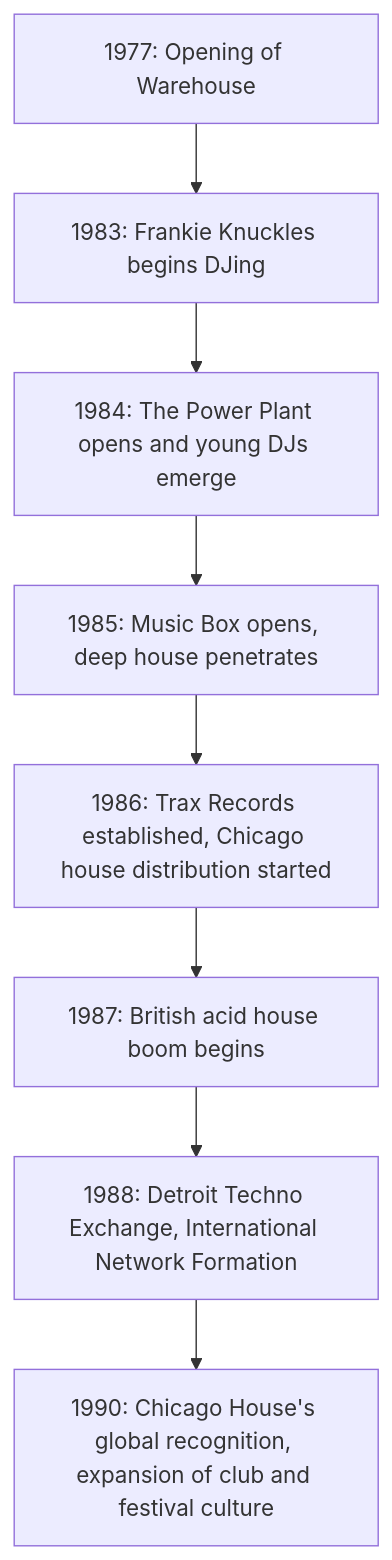
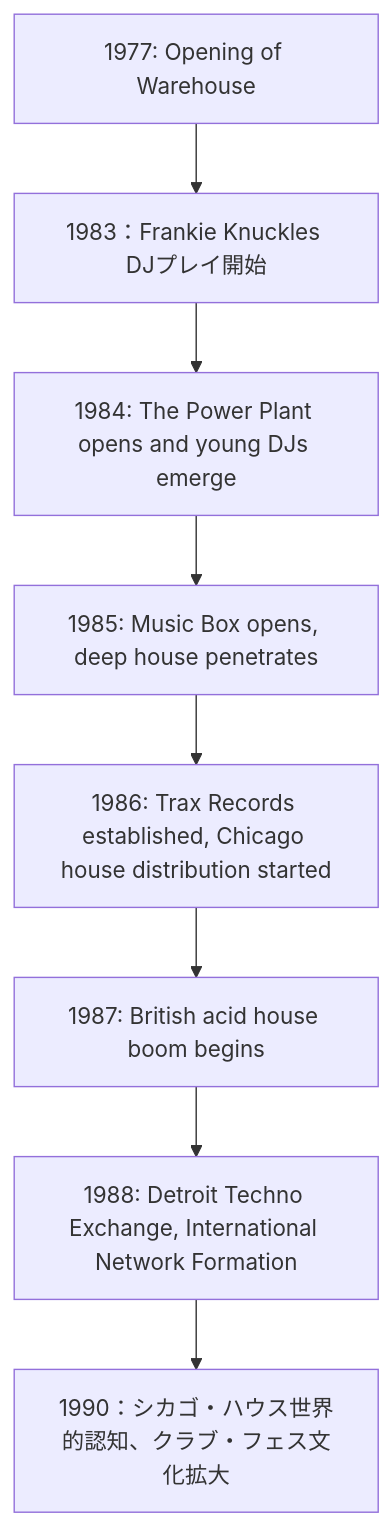
Before and after one commit to monumental-movement/monumental-movement.github.io: the diagram in en/_posts/2025-10-11-Colum-Chicago-House.md, drawn with Mermaid. The commit also changed other lines of this file and 851 other files, not shown here.

```diff
--- a/en/_posts/2025-10-11-Colum-Chicago-House.md
+++ b/en/_posts/2025-10-11-Colum-Chicago-House.md
@@ -165,12 +165,12 @@
 <div class="mermaid">
 
 flowchart TD
-    A1977["1977: Opening of Warehouse"] --> B1983["1983: Frankie Knuckles begins DJing"]
+    A1977["1977: Opening of Warehouse"] --> B1983["1983：Frankie Knuckles DJプレイ開始"]
     B1983 --> C1984["1984: The Power Plant opens and young DJs emerge"]
     C1984 --> D1985["1985: Music Box opens, deep house penetrates"]
     D1985 --> E1986["1986: Trax Records established, Chicago house distribution started"]
     E1986 --> F1987["1987: British acid house boom begins"]
     F1987 --> G1988["1988: Detroit Techno Exchange, International Network Formation"]
-    G1988 --> H1990["1990: Chicago House's global recognition, expansion of club and festival culture"]
+    G1988 --> H1990["1990：シカゴ・ハウス世界的認知、クラブ・フェス文化拡大"]
 
 </div>
```
